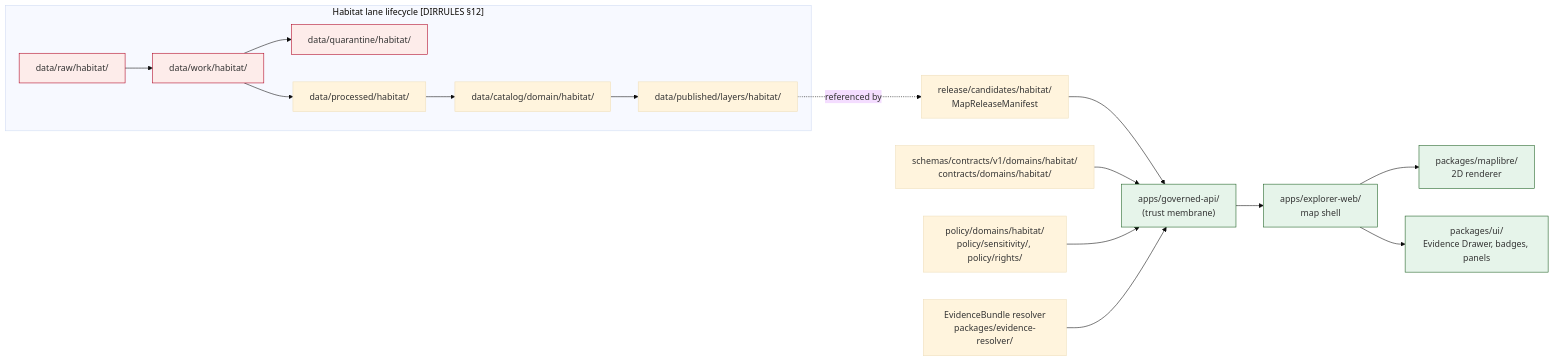
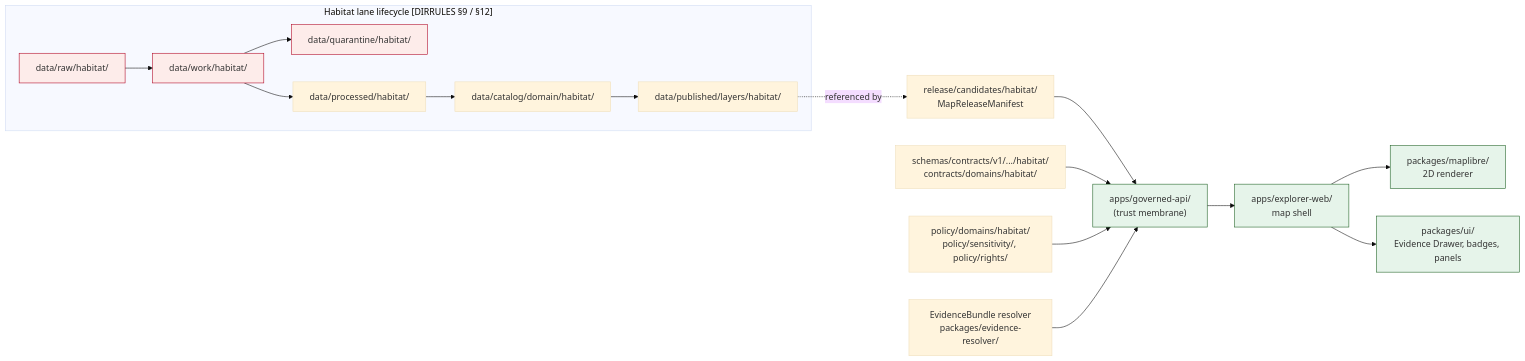
The first of 4 diagrams in docs/domains/habitat/MAP_UI_CONTRACTS.md (bartytime4life/Kansas-Frontier-Matrix), drawn with Mermaid (base theme) before and after one commit. The commit also changed other lines of this file, not shown here.

````diff
--- a/docs/domains/habitat/MAP_UI_CONTRACTS.md
+++ b/docs/domains/habitat/MAP_UI_CONTRACTS.md
@@ -121,25 +127,25 @@
 ```mermaid
 flowchart LR
-    subgraph LIFECYCLE["Habitat lane lifecycle [DIRRULES §12]"]
+    subgraph LIFECYCLE["Habitat lane lifecycle [DIRRULES §9 / §12]"]
       RAW["data/raw/habitat/"] --> WORK["data/work/habitat/"]
       WORK --> QUAR["data/quarantine/habitat/"]
       WORK --> PROC["data/processed/habitat/"]
       PROC --> CAT["data/catalog/domain/habitat/"]
       CAT --> PUB["data/published/layers/habitat/"]
     end
 
     PUB -.referenced by.-> REL["release/candidates/habitat/<br/>MapReleaseManifest"]
     REL --> API["apps/governed-api/<br/>(trust membrane)"]
     API --> WEB["apps/explorer-web/<br/>map shell"]
     WEB --> ML["packages/maplibre/<br/>2D renderer"]
     WEB --> UI["packages/ui/<br/>Evidence Drawer, badges, panels"]
 
-    CONTRACTS["schemas/contracts/v1/domains/habitat/<br/>contracts/domains/habitat/"] --> API
+    CONTRACTS["schemas/contracts/v1/.../habitat/<br/>contracts/domains/habitat/"] --> API
     POLICY["policy/domains/habitat/<br/>policy/sensitivity/, policy/rights/"] --> API
     EVIDENCE["EvidenceBundle resolver<br/>packages/evidence-resolver/"] --> API
 
     classDef forbidden fill:#fdecea,stroke:#b00020;
     classDef governed fill:#e6f4ea,stroke:#1b5e20;
     class API,WEB,ML,UI governed;
     class RAW,WORK,QUAR forbidden;
 ```
````
